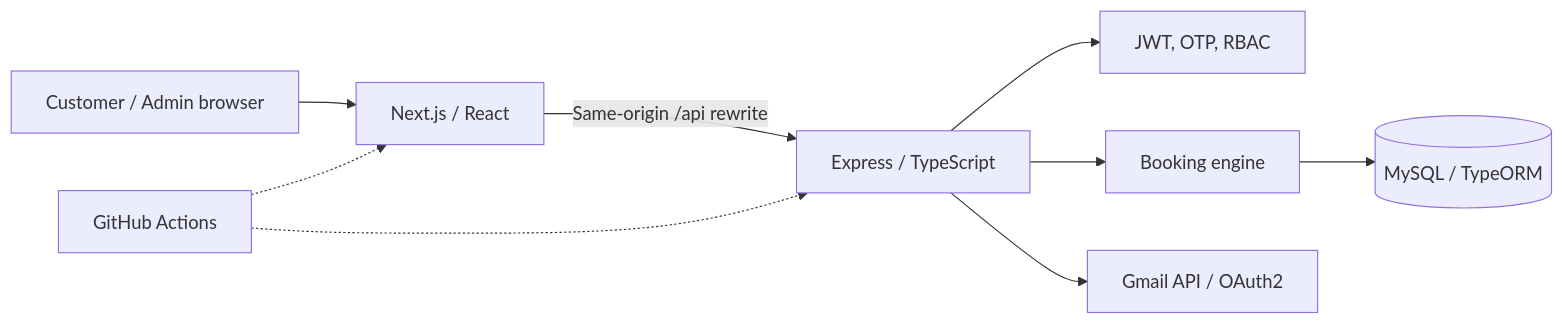
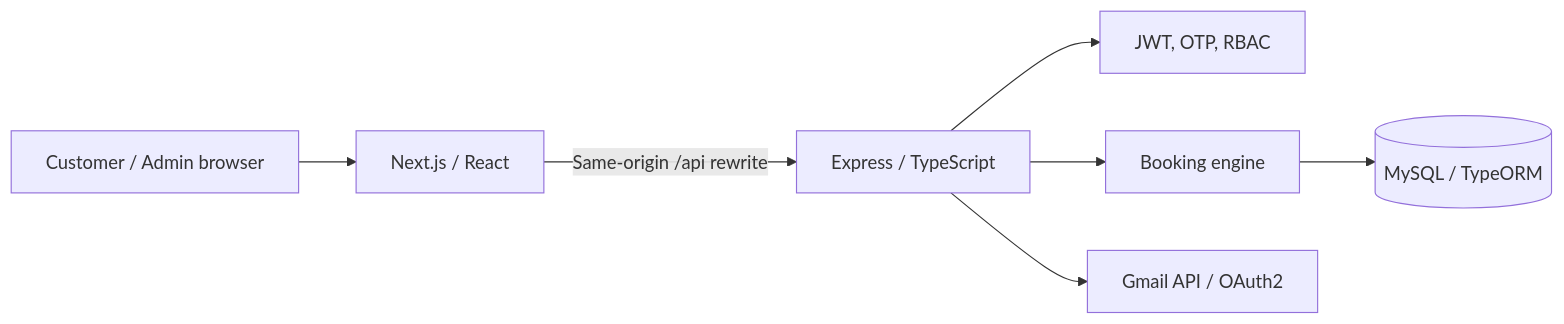
One commit to hello1224354/nail_salon_api changed the diagram in README.md. Above: the diagram before and after it, drawn with Mermaid. The commit also changed other lines of this file and 43 other files, not shown here.

````diff
--- a/README.md
+++ b/README.md
@@ -31,11 +29,9 @@
 ```mermaid
 flowchart LR
   Browser[Customer / Admin browser] --> Next[Next.js / React]
   Next -->|Same-origin /api rewrite| API[Express / TypeScript]
   API --> Auth[JWT, OTP, RBAC]
   API --> Booking[Booking engine]
   Booking --> DB[(MySQL / TypeORM)]
   API --> Email[Gmail API / OAuth2]
-  CI[GitHub Actions] -.-> Next
-  CI -.-> API
 ```
````
